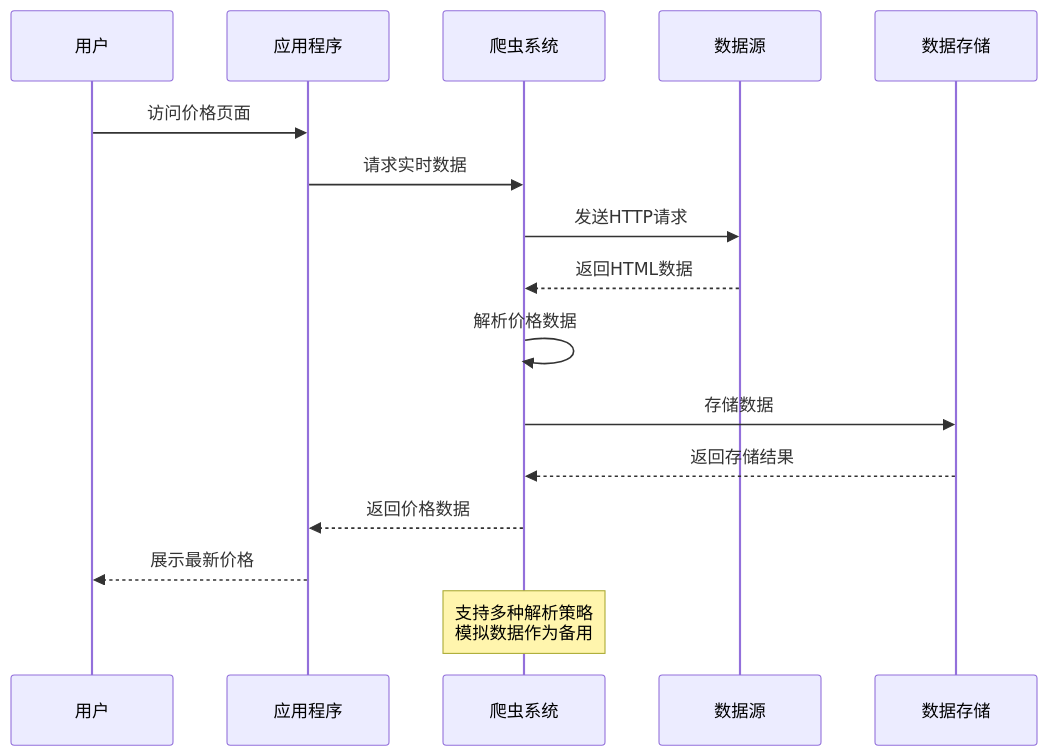
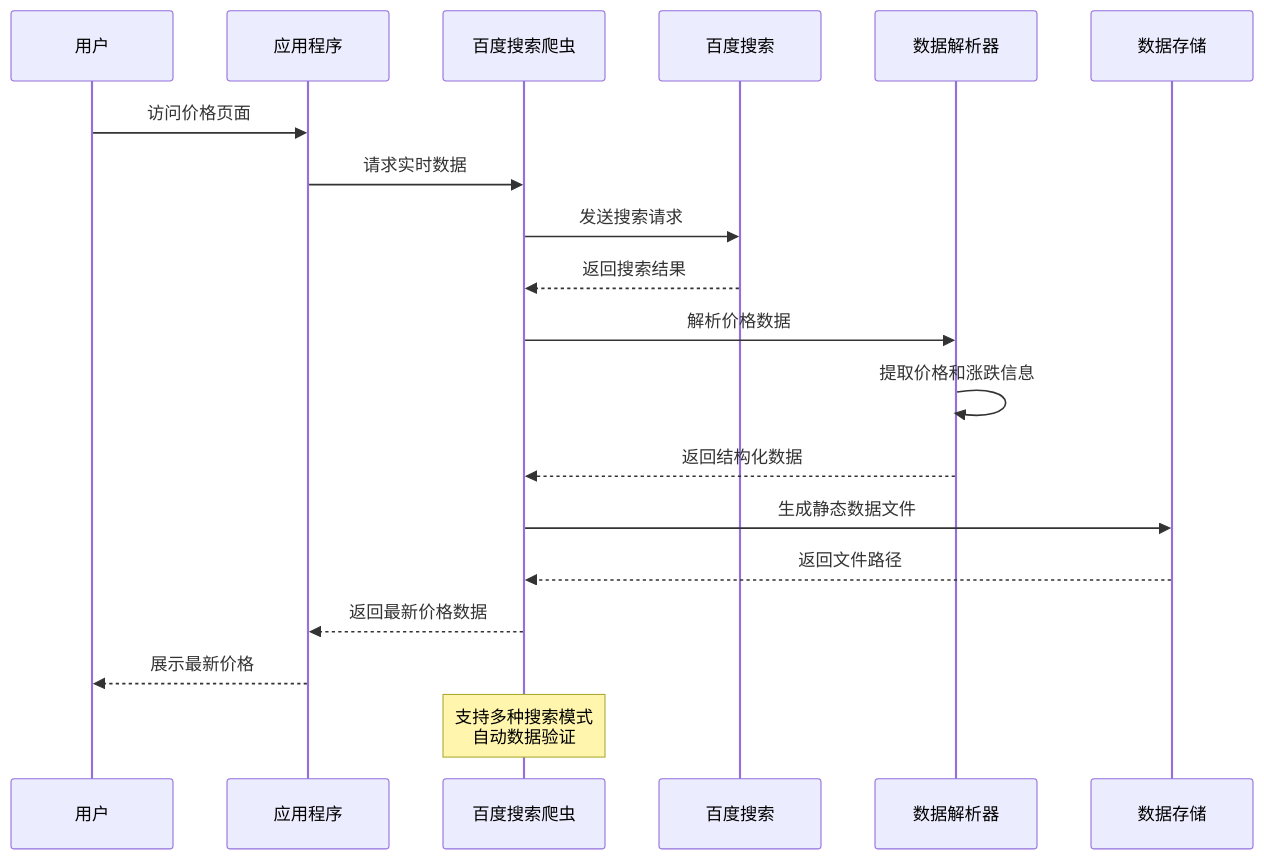
Before and after one commit to liangxuanliang-cmd/carbon-info-agent: the third of 14 diagrams in .qoder/repowiki/zh/content/数据管理/价格数据管理.md, drawn with Mermaid. The commit also changed other lines of this file and 21 other files, not shown here.

````diff
--- a/.qoder/repowiki/zh/content/数据管理/价格数据管理.md
+++ b/.qoder/repowiki/zh/content/数据管理/价格数据管理.md
@@ -201,18 +216,21 @@
 ```mermaid
 sequenceDiagram
 participant User as 用户
 participant App as 应用程序
-participant Crawler as 爬虫系统
-participant API as 数据源
+participant Crawler as 百度搜索爬虫
+participant Search as 百度搜索
+participant Parser as 数据解析器
 participant Storage as 数据存储
 User->>App : 访问价格页面
 App->>Crawler : 请求实时数据
-Crawler->>API : 发送HTTP请求
-API-->>Crawler : 返回HTML数据
-Crawler->>Crawler : 解析价格数据
-Crawler->>Storage : 存储数据
-Storage-->>Crawler : 返回存储结果
-Crawler-->>App : 返回价格数据
+Crawler->>Search : 发送搜索请求
+Search-->>Crawler : 返回搜索结果
+Crawler->>Parser : 解析价格数据
+Parser->>Parser : 提取价格和涨跌信息
+Parser-->>Crawler : 返回结构化数据
+Crawler->>Storage : 生成静态数据文件
+Storage-->>Crawler : 返回文件路径
+Crawler-->>App : 返回最新价格数据
 App-->>User : 展示最新价格
-Note over Crawler : 支持多种解析策略<br/>模拟数据作为备用
+Note over Crawler : 支持多种搜索模式<br/>自动数据验证
 ```
````
